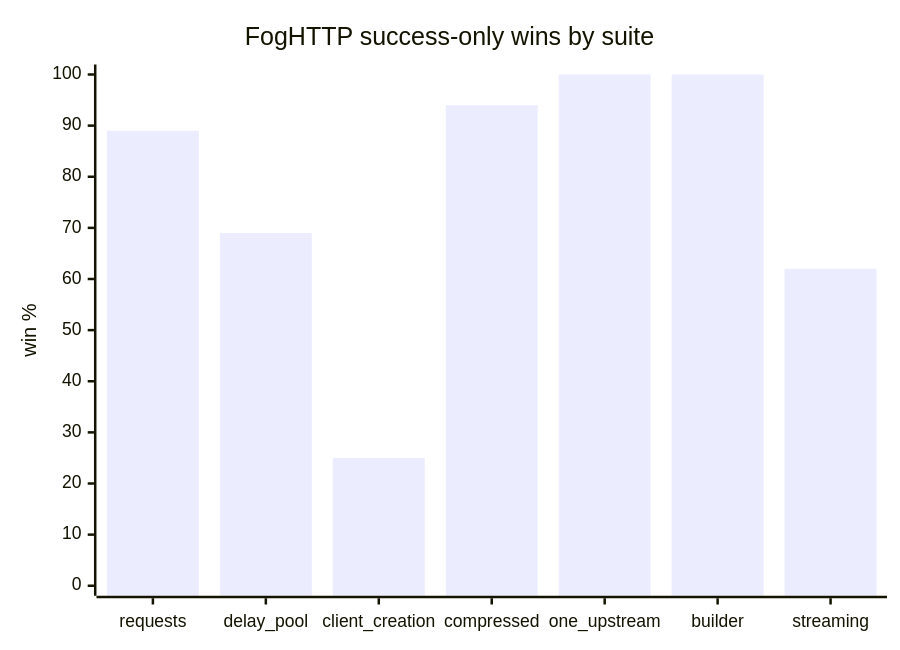
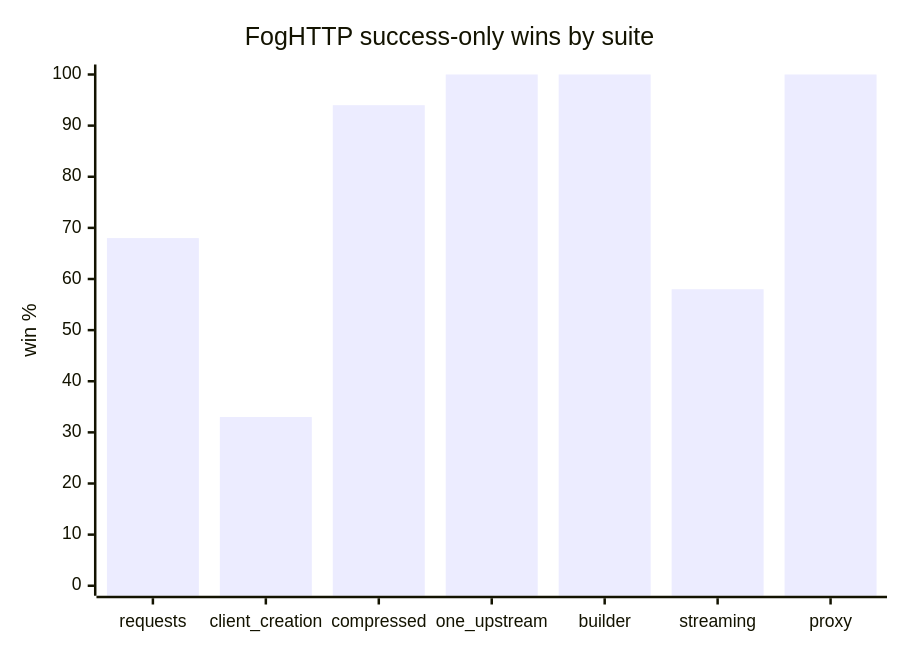
Before and after one commit to AmberFog/foghttp: the second of 2 diagrams in docs/benchmarks.md, drawn with Mermaid. The commit also changed other lines of this file, not shown here.

````diff
--- a/docs/benchmarks.md
+++ b/docs/benchmarks.md
@@ -92,7 +91,7 @@
 ```mermaid
 xychart-beta
     title "FogHTTP success-only wins by suite"
-    x-axis [requests, delay_pool, client_creation, compressed, one_upstream, builder, streaming]
+    x-axis [requests, client_creation, compressed, one_upstream, builder, streaming, proxy]
     y-axis "win %" 0 --> 100
-    bar [89, 69, 25, 94, 100, 100, 62]
+    bar [68, 33, 94, 100, 100, 58, 100]
 ```
````
